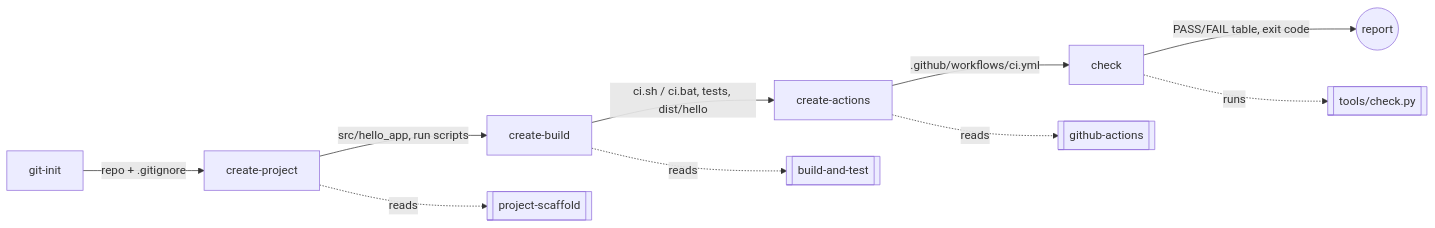
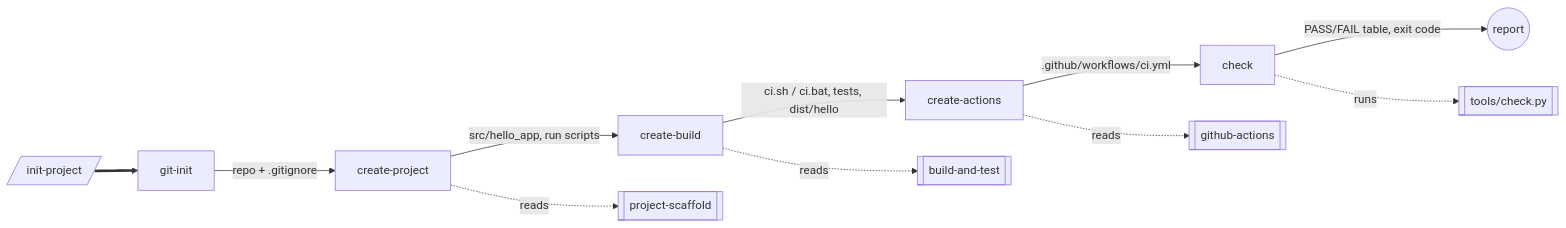
Before and after one commit to SydorukArtemLPNU/apks-lab1-agent: the diagram in docs/architecture.md, drawn with Mermaid. The commit also changed other lines of this file and 4 other files, not shown here.

````diff
--- a/docs/architecture.md
+++ b/docs/architecture.md
@@ -46,12 +63,13 @@
 ```mermaid
 flowchart LR
     A[git-init] -->|repo + .gitignore| B[create-project]
     B -->|src/hello_app, run scripts| C[create-build]
     C -->|ci.sh / ci.bat, tests, dist/hello| D[create-actions]
     D -->|.github/workflows/ci.yml| E[check]
     E -->|PASS/FAIL table, exit code| F((report))
+    O[/init-project/] ==> A
     B -.reads.-> S1[[project-scaffold]]
     C -.reads.-> S2[[build-and-test]]
     D -.reads.-> S3[[github-actions]]
     E -.runs.-> T[[tools/check.py]]
 ```
````
